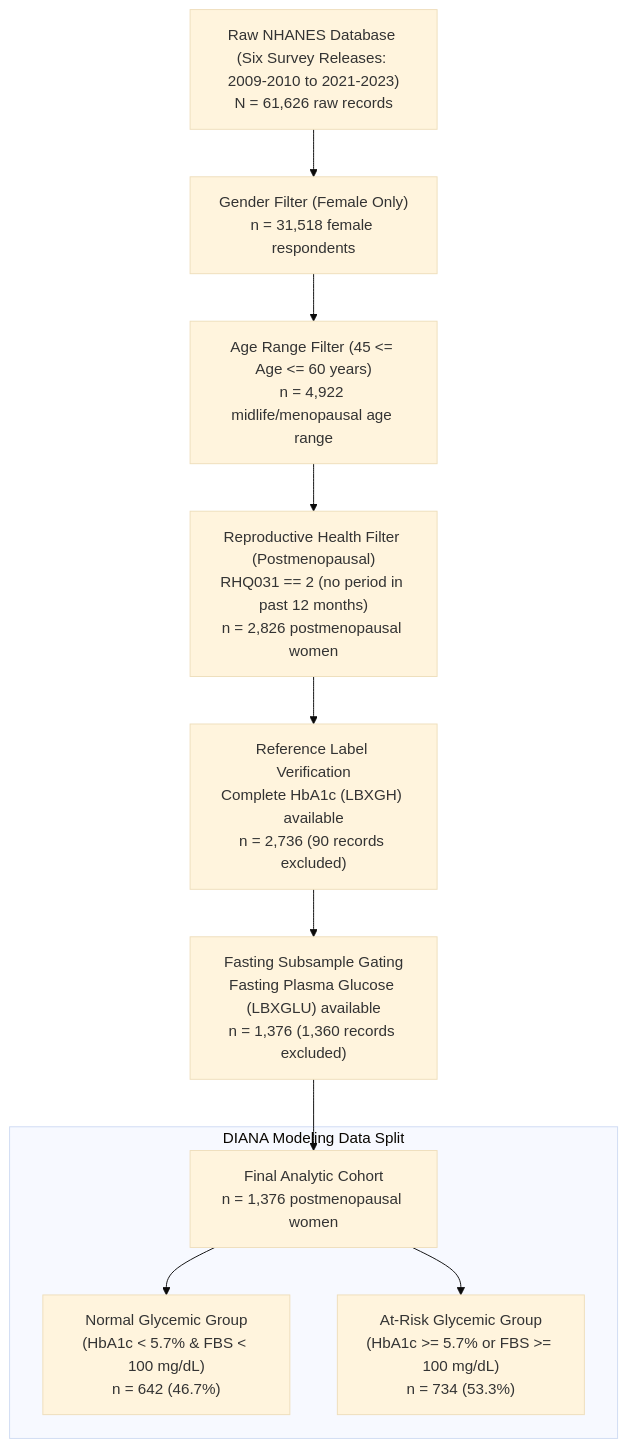
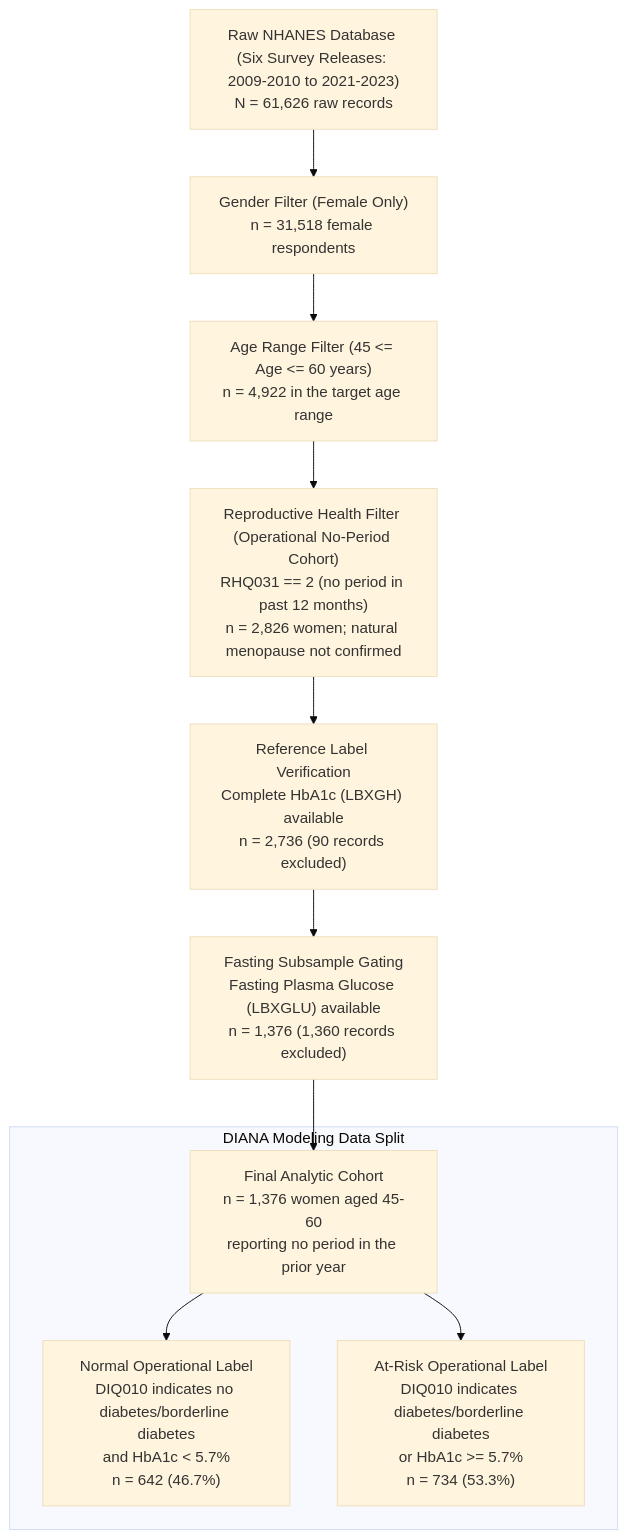
Before and after one commit to Skufu/DianaV2: the second of 6 diagrams in docs/07-research/thesis-drafts/ch3+4-final-academic-draft.md, drawn with Mermaid (base theme). The commit also changed other lines of this file and 104 other files, not shown here.

````diff
--- a/docs/07-research/thesis-drafts/ch3+4-final-academic-draft.md
+++ b/docs/07-research/thesis-drafts/ch3+4-final-academic-draft.md
@@ -52,14 +56,14 @@
 ```mermaid
 flowchart TD
     A["Raw NHANES Database (Six Survey Releases: 2009-2010 to 2021-2023)<br/>N = 61,626 raw records"] --> B["Gender Filter (Female Only)<br/>n = 31,518 female respondents"]
-    B --> C["Age Range Filter (45 <= Age <= 60 years)<br/>n = 4,922 midlife/menopausal age range"]
-    C --> D["Reproductive Health Filter (Postmenopausal)<br/>RHQ031 == 2 (no period in past 12 months)<br/>n = 2,826 postmenopausal women"]
+    B --> C["Age Range Filter (45 <= Age <= 60 years)<br/>n = 4,922 in the target age range"]
+    C --> D["Reproductive Health Filter (Operational No-Period Cohort)<br/>RHQ031 == 2 (no period in past 12 months)<br/>n = 2,826 women; natural menopause not confirmed"]
     D --> E["Reference Label Verification<br/>Complete HbA1c (LBXGH) available<br/>n = 2,736 (90 records excluded)"]
     E --> F["Fasting Subsample Gating<br/>Fasting Plasma Glucose (LBXGLU) available<br/>n = 1,376 (1,360 records excluded)"]
-    F --> G["Final Analytic Cohort<br/>n = 1,376 postmenopausal women"]
+    F --> G["Final Analytic Cohort<br/>n = 1,376 women aged 45-60<br/>reporting no period in the prior year"]
     
     subgraph Target["DIANA Modeling Data Split"]
-        G --> H["Normal Glycemic Group<br/>(HbA1c < 5.7% & FBS < 100 mg/dL)<br/>n = 642 (46.7%)"]
-        G --> I["At-Risk Glycemic Group<br/>(HbA1c >= 5.7% or FBS >= 100 mg/dL)<br/>n = 734 (53.3%)"]
+        G --> H["Normal Operational Label<br/>DIQ010 indicates no diabetes/borderline diabetes<br/>and HbA1c < 5.7%<br/>n = 642 (46.7%)"]
+        G --> I["At-Risk Operational Label<br/>DIQ010 indicates diabetes/borderline diabetes<br/>or HbA1c >= 5.7%<br/>n = 734 (53.3%)"]
     end
 ```
````
